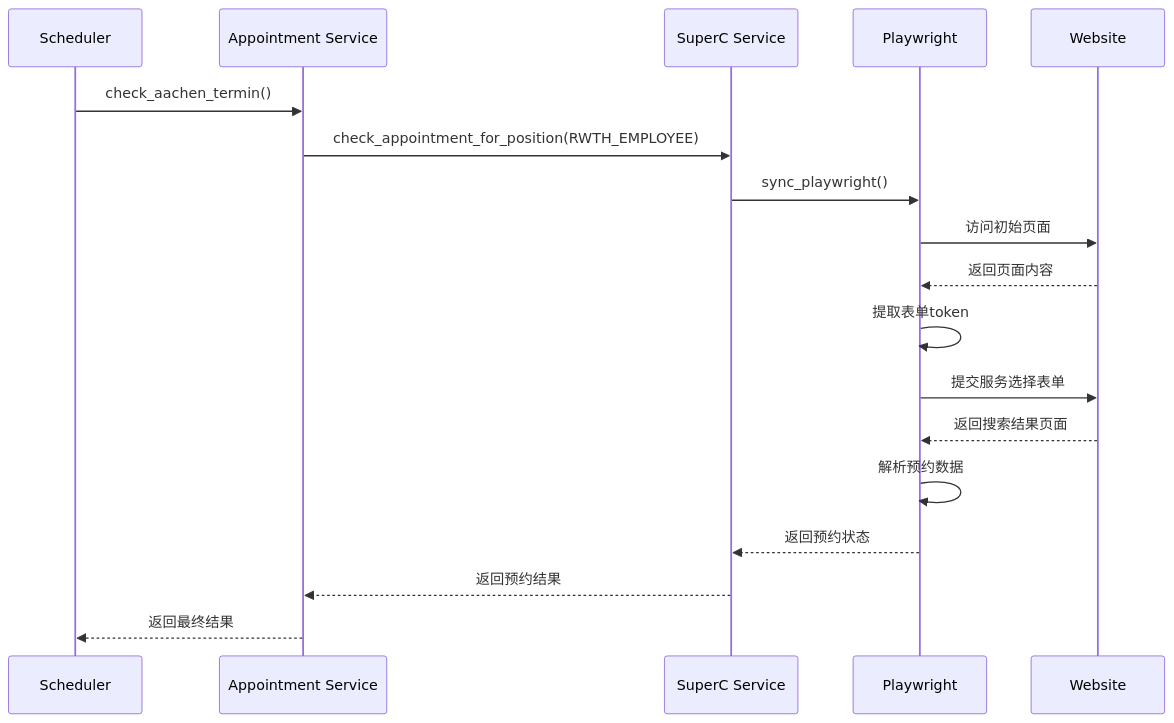
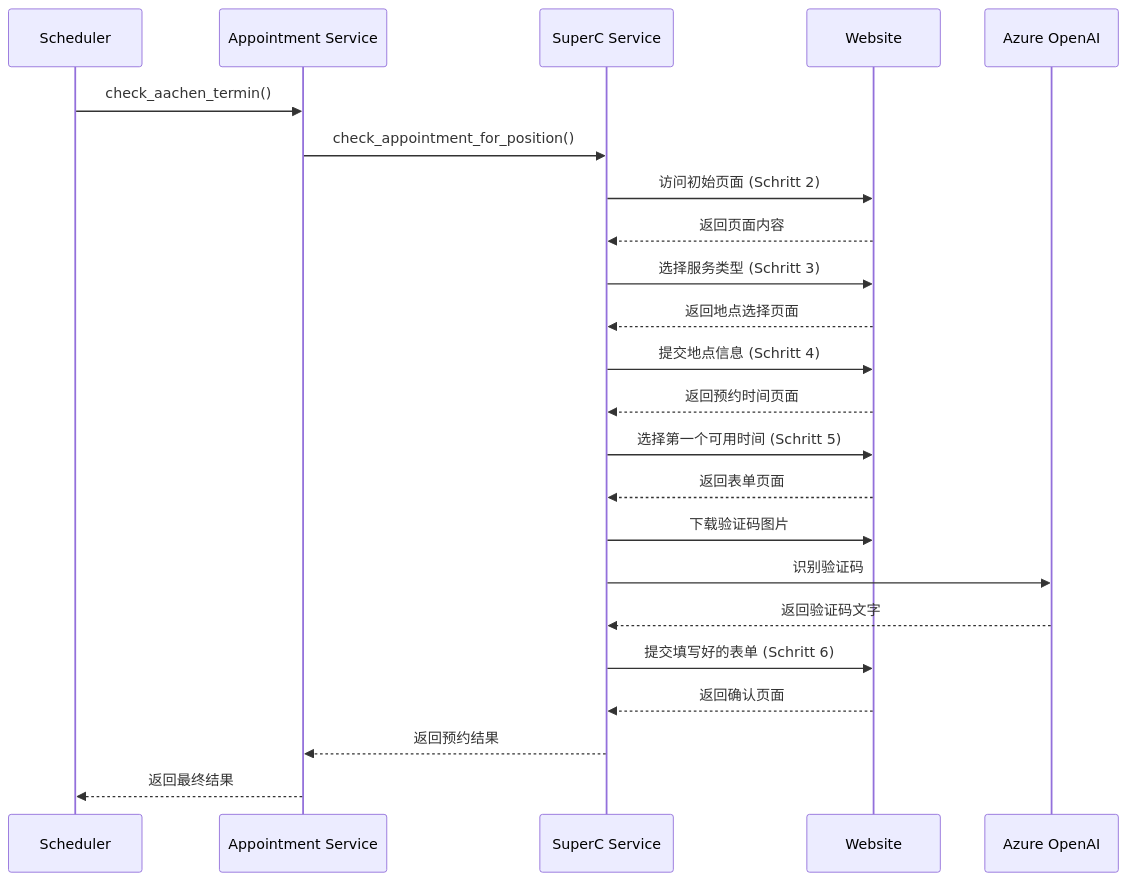
Before and after one commit to hanbinChen97/superC-termin-bot: the diagram in README.md, drawn with Mermaid. The commit also changed other lines of this file and 17 other files, not shown here.

````diff
--- a/README.md
+++ b/README.md
@@ -32,21 +43,26 @@
 ```mermaid
 sequenceDiagram
     participant S as Scheduler
     participant A as Appointment Service
     participant SC as SuperC Service
-    participant P as Playwright
     participant W as Website
+    participant AI as Azure OpenAI
 
     S->>A: check_aachen_termin()
-    A->>SC: check_appointment_for_position(RWTH_EMPLOYEE)
-    SC->>P: sync_playwright()
-    P->>W: 访问初始页面
-    W-->>P: 返回页面内容
-    P->>P: 提取表单token
-    P->>W: 提交服务选择表单
-    W-->>P: 返回搜索结果页面
-    P->>P: 解析预约数据
-    P-->>SC: 返回预约状态
+    A->>SC: check_appointment_for_position()
+    SC->>W: 访问初始页面 (Schritt 2)
+    W-->>SC: 返回页面内容
+    SC->>W: 选择服务类型 (Schritt 3)
+    W-->>SC: 返回地点选择页面
+    SC->>W: 提交地点信息 (Schritt 4)
+    W-->>SC: 返回预约时间页面
+    SC->>W: 选择第一个可用时间 (Schritt 5)
+    W-->>SC: 返回表单页面
+    SC->>W: 下载验证码图片
+    SC->>AI: 识别验证码
+    AI-->>SC: 返回验证码文字
+    SC->>W: 提交填写好的表单 (Schritt 6)
+    W-->>SC: 返回确认页面
     SC-->>A: 返回预约结果
     A-->>S: 返回最终结果
 ```
````
